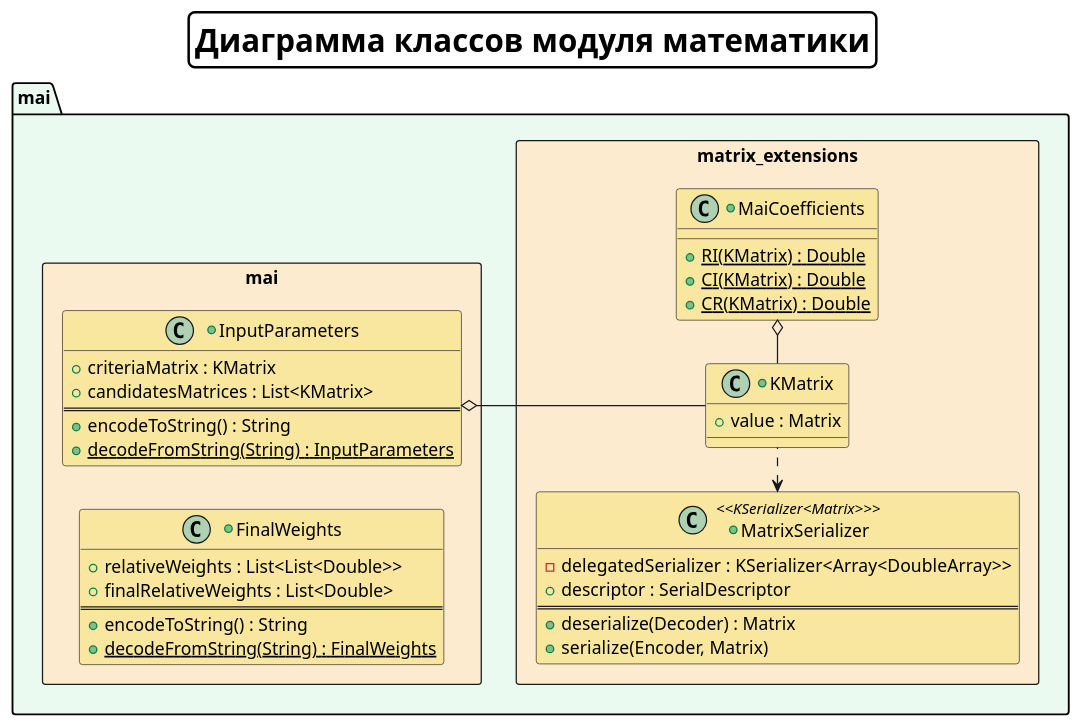
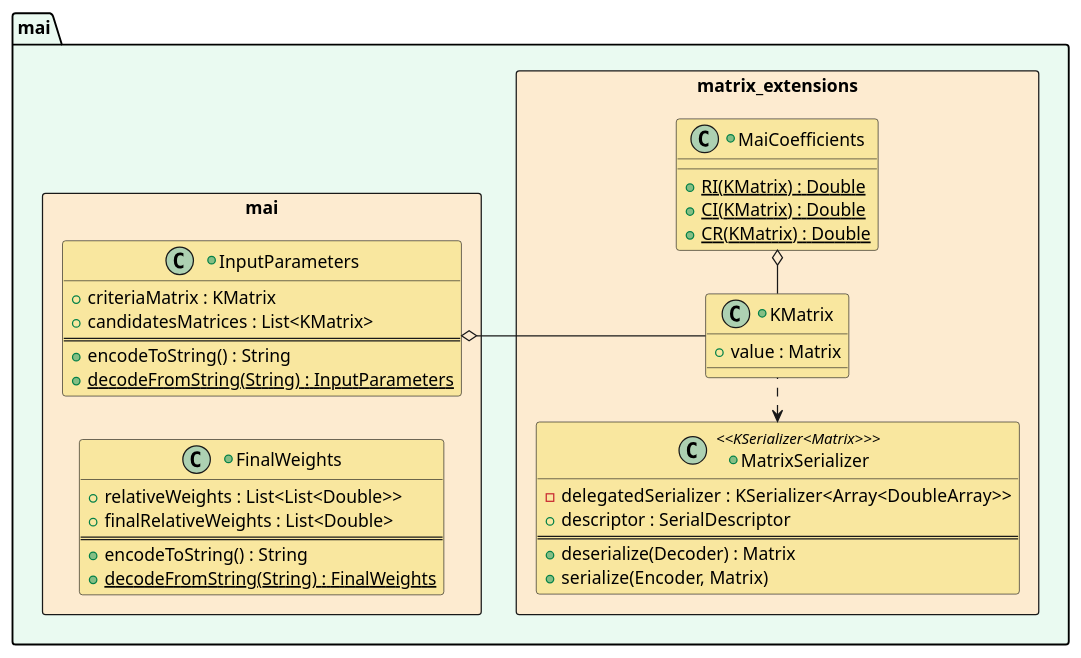
One commit to ethernet389/MAI-2 changed the diagram in diagrams/architecture/mai.puml. Above: the diagram before and after it, drawn with PlantUML. The commit also changed 20 other files, not shown here.

```diff
--- a/diagrams/architecture/mai.puml
+++ b/diagrams/architecture/mai.puml
@@ -1,62 +1,61 @@
 @startuml
 
 left to right direction
 skinparam linetype ortho
 skinparam titleBorderRoundCorner 10
 skinparam titleBorderThickness 2
 skinparam titleBorderColor black
 skinparam titleFontSize 25
 
 skinparam PackageBackgroundColor #EAFAF1
 skinparam RectangleBackgroundColor #FDEBD0
 skinparam ClassBackgroundColor #F9E79F
 
-title Диаграмма классов модуля математики
 
 /' Object '/
 package mai {
     rectangle mai {
         +class FinalWeights {
             +relativeWeights : List<List<Double>>
             +finalRelativeWeights : List<Double>
             ==
             +encodeToString() : String
             {static} +decodeFromString(String) : FinalWeights
         }
 
         +class InputParameters {
             +criteriaMatrix : KMatrix
             +candidatesMatrices : List<KMatrix>
             ==
             +encodeToString() : String
             {static} +decodeFromString(String) : InputParameters
         }
     }
 
     rectangle matrix_extensions {
         +class KMatrix {
             +value : Matrix
         }
 
         +class MatrixSerializer <<KSerializer<Matrix>>> {
             -delegatedSerializer :  KSerializer<Array<DoubleArray>>
             +descriptor : SerialDescriptor
             ==
             +deserialize(Decoder) : Matrix
             +serialize(Encoder, Matrix)
         }
 
         +class MaiCoefficients {
             {static} +RI(KMatrix) : Double
             {static} +CI(KMatrix) : Double
             {static} +CR(KMatrix) : Double
         }
     }
 }
 
 /' Relation '/
 MatrixSerializer <..r KMatrix
 KMatrix --ro MaiCoefficients
 KMatrix --uo InputParameters
 
 @enduml
```
